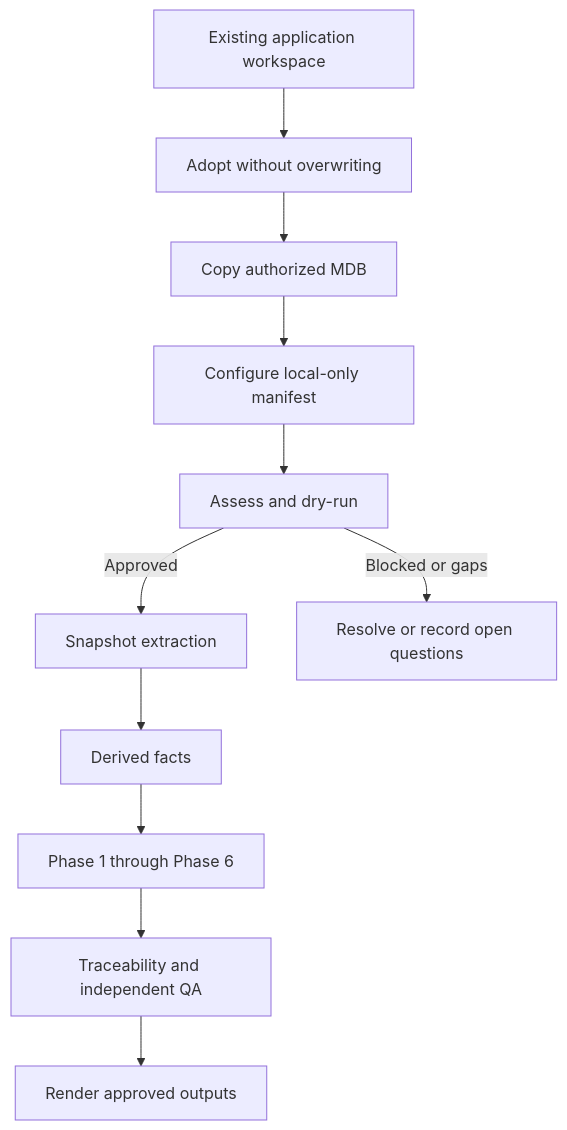
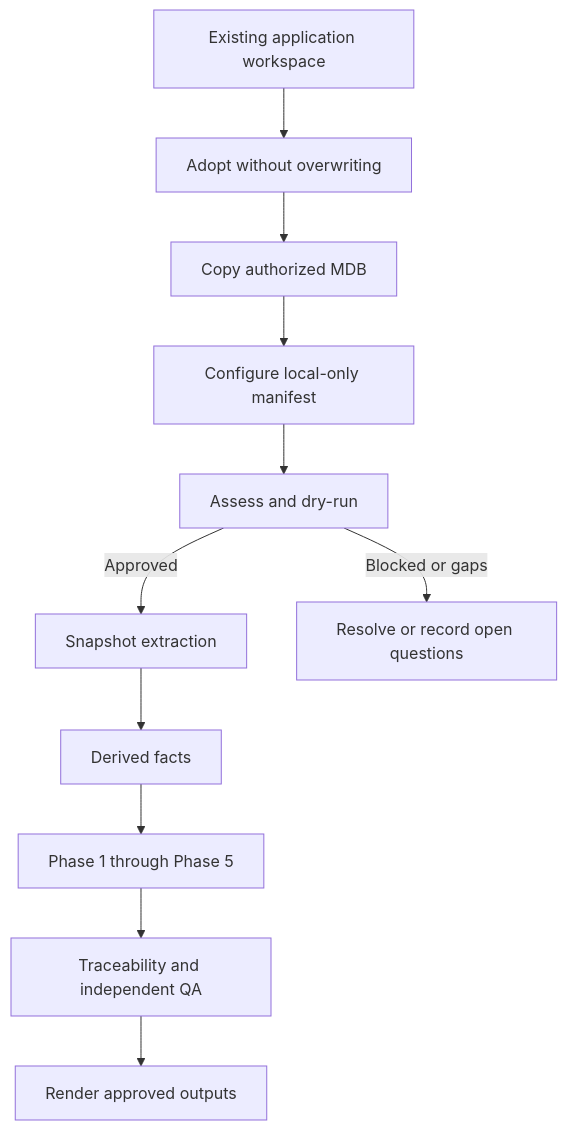
Before and after one commit to tuanvtanrakutei/access-modernization-kit: the diagram in docs/first-access-mdb-investigation.md, drawn with Mermaid. The commit also changed other lines of this file and 75 other files, not shown here.

````diff
--- a/docs/first-access-mdb-investigation.md
+++ b/docs/first-access-mdb-investigation.md
@@ -167,13 +166,13 @@
 ```mermaid
 flowchart TD
     A[Existing application workspace] --> B[Adopt without overwriting]
     B --> C[Copy authorized MDB]
     C --> D[Configure local-only manifest]
     D --> E[Assess and dry-run]
     E -->|Approved| F[Snapshot extraction]
     E -->|Blocked or gaps| G[Resolve or record open questions]
     F --> H[Derived facts]
-    H --> I[Phase 1 through Phase 6]
+    H --> I[Phase 1 through Phase 5]
     I --> J[Traceability and independent QA]
     J --> K[Render approved outputs]
 ```
````
